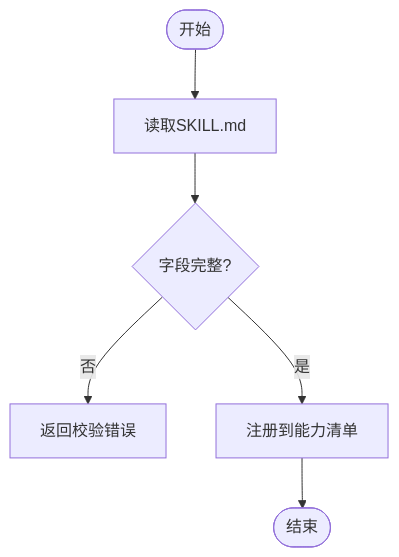
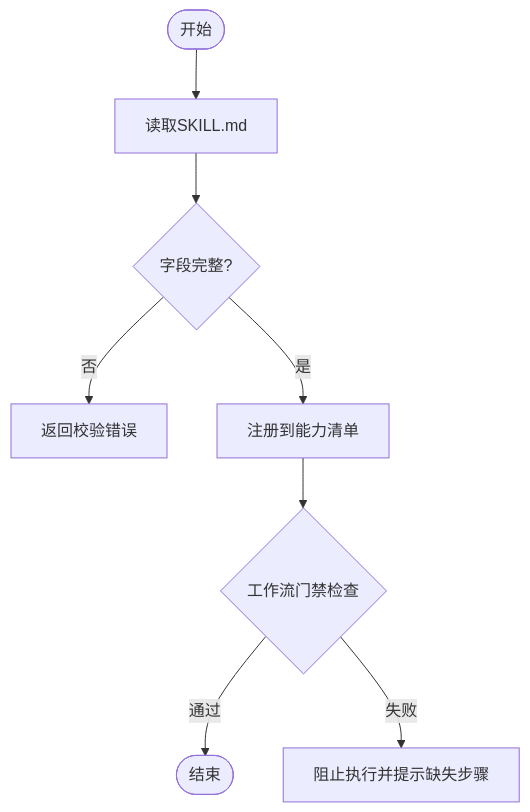
The third of 8 diagrams in .qoder/repowiki/zh/content/AI技能系统/技能架构设计.md (Ted-Engineer/ai-berkshire), drawn with Mermaid before and after one commit. The commit also changed other lines of this file and 87 other files, not shown here.

````diff
--- a/.qoder/repowiki/zh/content/AI技能系统/技能架构设计.md
+++ b/.qoder/repowiki/zh/content/AI技能系统/技能架构设计.md
@@ -184,8 +193,10 @@
 ```mermaid
 flowchart TD
 Start(["开始"]) --> Read["读取SKILL.md"]
 Read --> Validate{"字段完整?"}
 Validate --> |否| Error["返回校验错误"]
 Validate --> |是| Register["注册到能力清单"]
-Register --> End(["结束"])
+Register --> CheckGate{"工作流门禁检查"}
+CheckGate --> |通过| End(["结束"])
+CheckGate --> |失败| Block["阻止执行并提示缺失步骤"]
 ```
````
